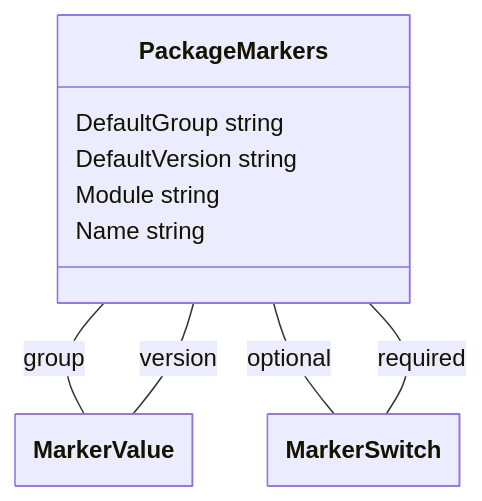
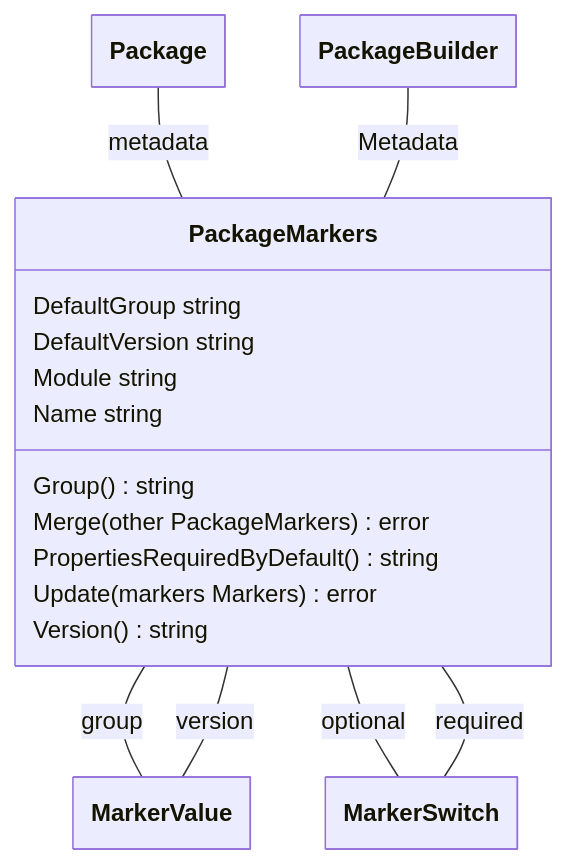
The tenth of 17 diagrams in docs/model/model.md (theunrepentantgeek/crddoc), drawn with Mermaid before and after one commit. The commit also changed other lines of this file and 8 other files, not shown here.

````diff
--- a/docs/model/model.md
+++ b/docs/model/model.md
@@ -375,29 +572,38 @@
 ```mermaid
 ---
   config:
     class:
       hideEmptyMembersBox: true
 ---
 classDiagram
 
 class PackageMarkers["PackageMarkers"]{  
       DefaultGroup string  
       DefaultVersion string  
       Module string  
-      Name string
+      Name string  
+      Group()string  
+      Merge(other PackageMarkers)error  
+      PropertiesRequiredByDefault()string  
+      Update(markers Markers)error  
+      Version()string
 
 
 } 
 
+Package -- PackageMarkers : metadata 
+PackageBuilder -- PackageMarkers : Metadata 
 
 PackageMarkers -- MarkerValue : group 
 PackageMarkers -- MarkerSwitch : optional 
 PackageMarkers -- MarkerSwitch : required 
 PackageMarkers -- MarkerValue : version 
 
+class Package["Package"]
+class PackageBuilder["PackageBuilder"]
 class MarkerValue["MarkerValue"]
 class MarkerSwitch["MarkerSwitch"]
 class MarkerSwitch["MarkerSwitch"]
 class MarkerValue["MarkerValue"]
 
 ```
````
